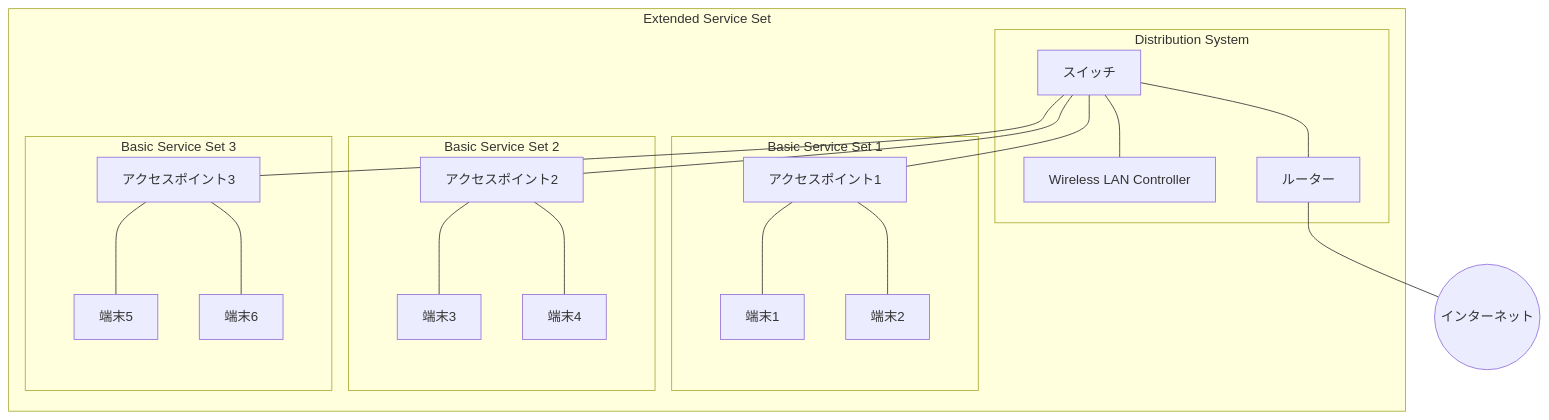
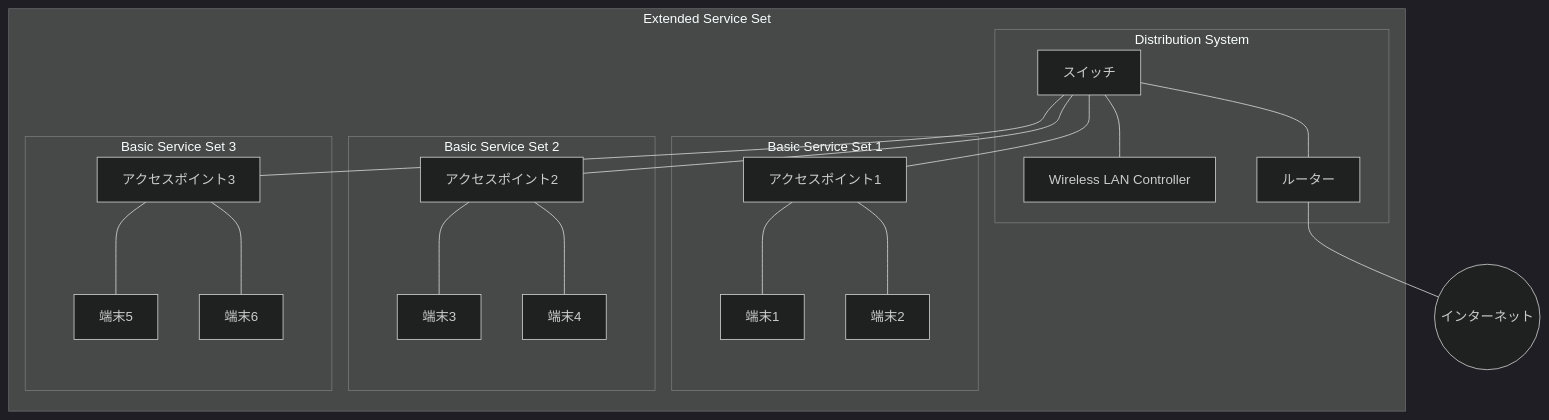
One commit to Code-Hex/blog changed the first of 2 diagrams in src/content/blog/wlan_basic.md. Above: the diagram before and after it, drawn with Mermaid. The commit also changed other lines of this file, not shown here.

Commit message:
changed mermaid theme

````diff
--- a/src/content/blog/wlan_basic.md
+++ b/src/content/blog/wlan_basic.md
@@ -146,43 +144,44 @@
 ```mermaid
+%%{init:{'theme':'dark'}}%%
 graph TD
     subgraph ESS[Extended Service Set]
         subgraph DS[Distribution System]
             SW[スイッチ]
             WLC[Wireless LAN Controller]
             R[ルーター]
         end
 
         subgraph BSS1[Basic Service Set 1]
             AP1[アクセスポイント1]
             STA1[端末1]
             STA2[端末2]
         end
 
         subgraph BSS2[Basic Service Set 2]
             AP2[アクセスポイント2]
             STA3[端末3]
             STA4[端末4]
         end
 
         subgraph BSS3[Basic Service Set 3]
             AP3[アクセスポイント3]
             STA5[端末5]
             STA6[端末6]
         end
 
         SW --- AP1
         SW --- AP2
         SW --- AP3
         SW --- R
         SW --- WLC
 
         AP1 --- STA1
         AP1 --- STA2
         AP2 --- STA3
         AP2 --- STA4
         AP3 --- STA5
         AP3 --- STA6
     end
 
     R --- Internet((インターネット))
 ```
````
